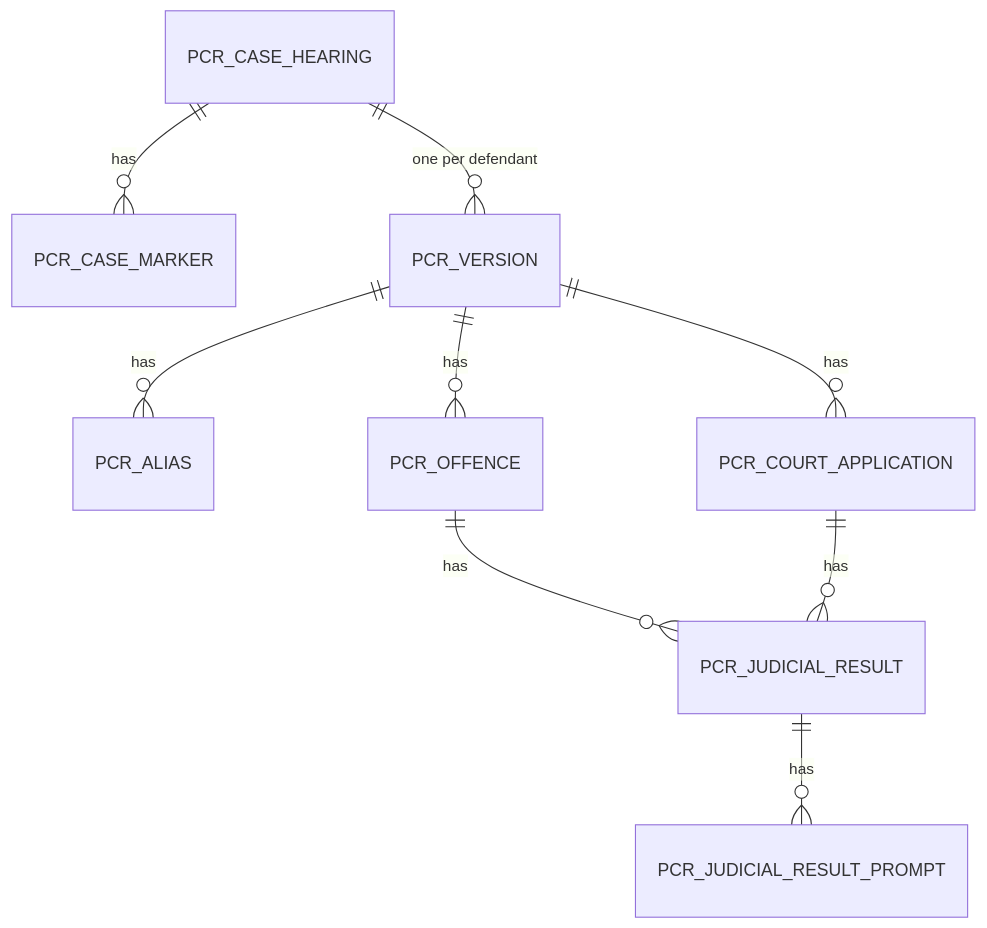
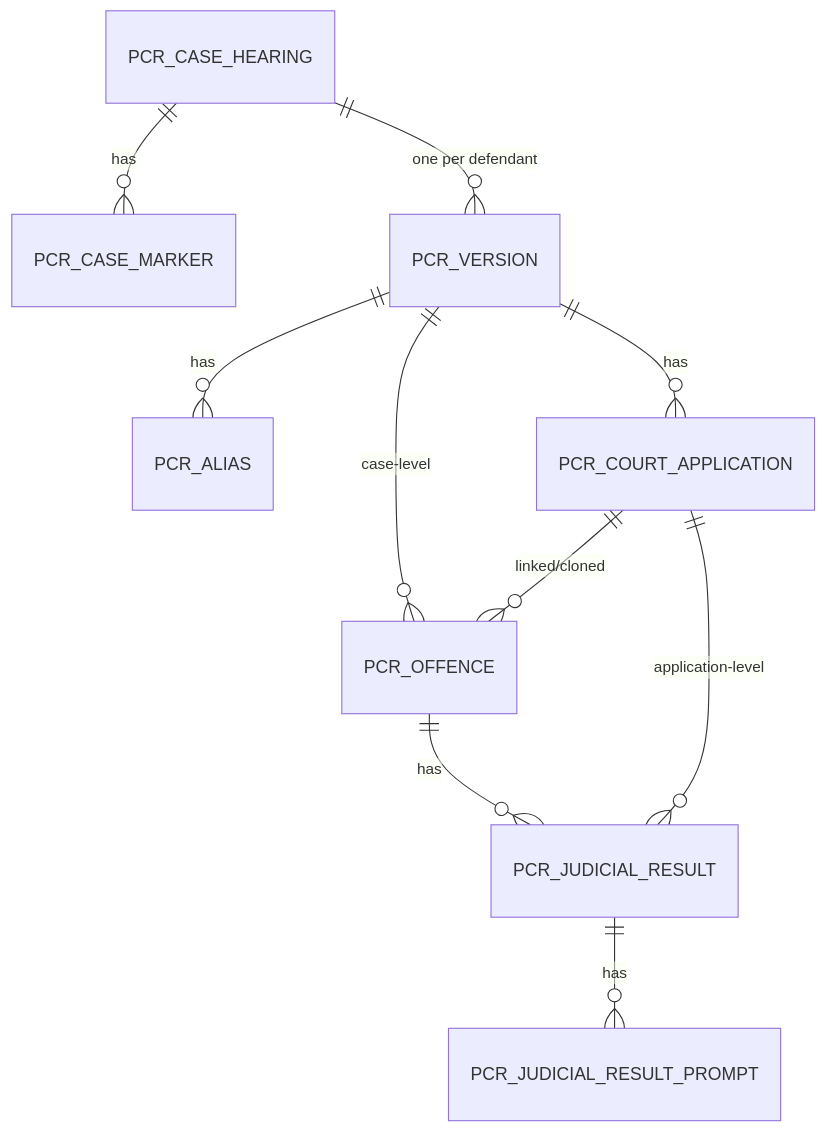
Before and after one commit to hmcts/service-cp-crime-results-pcr: the third of 3 diagrams in docs/2026-07-16-pcr-api-marketplace-design-v2.md, drawn with Mermaid. The commit also changed other lines of this file, not shown here.

First line of the commit message:
feat: make pcr_offence polymorphic -- 4 real PCR result sources, not 2

````diff
--- a/docs/2026-07-16-pcr-api-marketplace-design-v2.md
+++ b/docs/2026-07-16-pcr-api-marketplace-design-v2.md
@@ -285,11 +287,12 @@
 ```mermaid
 erDiagram
     PCR_CASE_HEARING ||--o{ PCR_CASE_MARKER : has
     PCR_CASE_HEARING ||--o{ PCR_VERSION : "one per defendant"
     PCR_VERSION ||--o{ PCR_ALIAS : has
-    PCR_VERSION ||--o{ PCR_OFFENCE : has
+    PCR_VERSION ||--o{ PCR_OFFENCE : "case-level"
     PCR_VERSION ||--o{ PCR_COURT_APPLICATION : has
+    PCR_COURT_APPLICATION ||--o{ PCR_OFFENCE : "linked/cloned"
     PCR_OFFENCE ||--o{ PCR_JUDICIAL_RESULT : has
-    PCR_COURT_APPLICATION ||--o{ PCR_JUDICIAL_RESULT : has
+    PCR_COURT_APPLICATION ||--o{ PCR_JUDICIAL_RESULT : "application-level"
     PCR_JUDICIAL_RESULT ||--o{ PCR_JUDICIAL_RESULT_PROMPT : has
 ```
````
